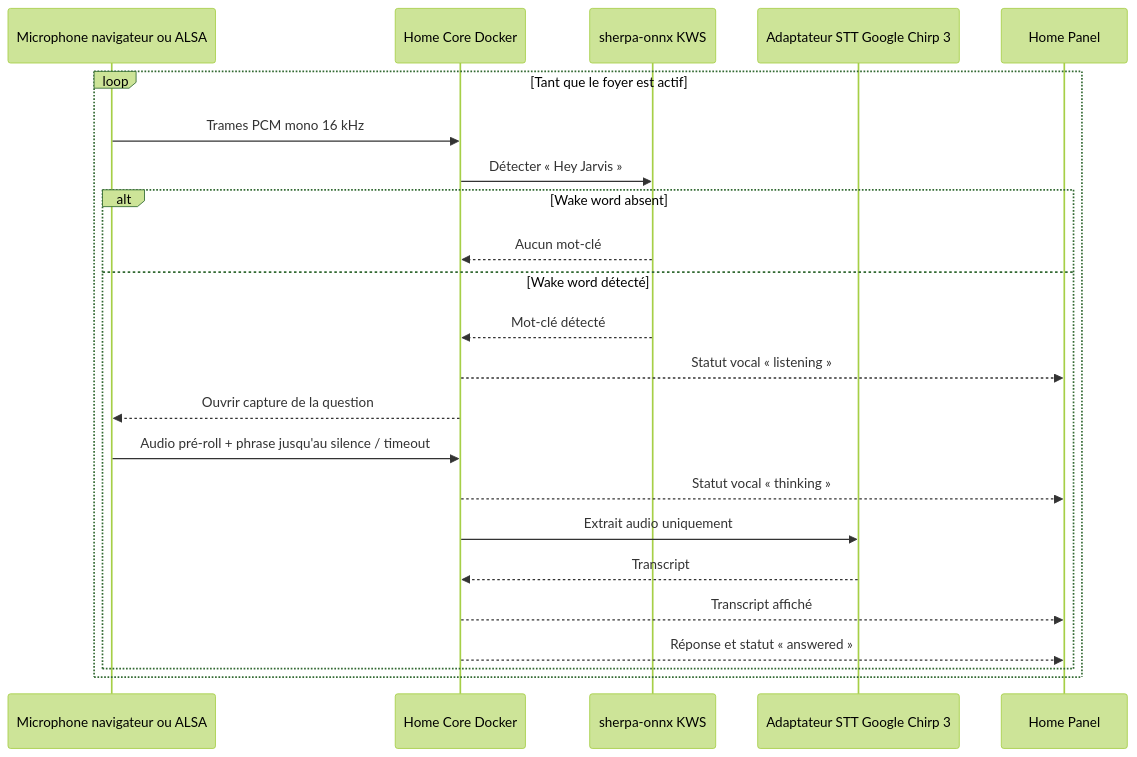
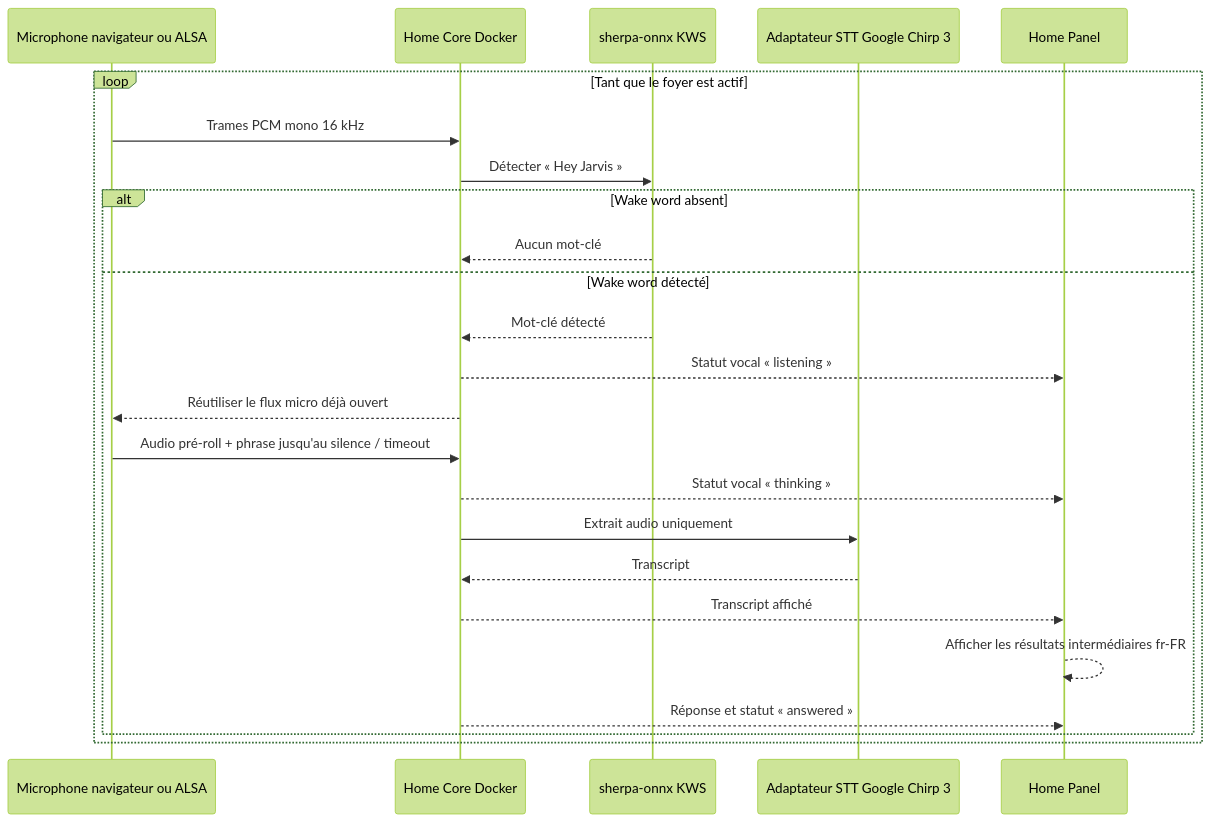
One commit to clementortiz134595/HOME-AI changed the diagram in poles/technique/home-core/diagrammes/sequence-assistant-wake-word.mmd. Above: the diagram before and after it, drawn with Mermaid (forest theme). The commit also changed 2 other files, not shown here.

Commit message:
fix(voice): fiabilise capture et transcription progressive

```diff
--- a/poles/technique/home-core/diagrammes/sequence-assistant-wake-word.mmd
+++ b/poles/technique/home-core/diagrammes/sequence-assistant-wake-word.mmd
@@ -1,24 +1,25 @@
 sequenceDiagram
     participant Mic as Microphone navigateur ou ALSA
     participant Core as Home Core Docker
     participant Wake as sherpa-onnx KWS
     participant STT as Adaptateur STT Google Chirp 3
     participant Panel as Home Panel
 
     loop Tant que le foyer est actif
         Mic->>Core: Trames PCM mono 16 kHz
         Core->>Wake: Détecter « Hey Jarvis »
         alt Wake word absent
             Wake-->>Core: Aucun mot-clé
         else Wake word détecté
             Wake-->>Core: Mot-clé détecté
             Core-->>Panel: Statut vocal « listening »
-            Core-->>Mic: Ouvrir capture de la question
+            Core-->>Mic: Réutiliser le flux micro déjà ouvert
             Mic->>Core: Audio pré-roll + phrase jusqu'au silence / timeout
             Core-->>Panel: Statut vocal « thinking »
             Core->>STT: Extrait audio uniquement
             STT-->>Core: Transcript
             Core-->>Panel: Transcript affiché
+            Panel-->>Panel: Afficher les résultats intermédiaires fr-FR
             Core-->>Panel: Réponse et statut « answered »
         end
     end
```
